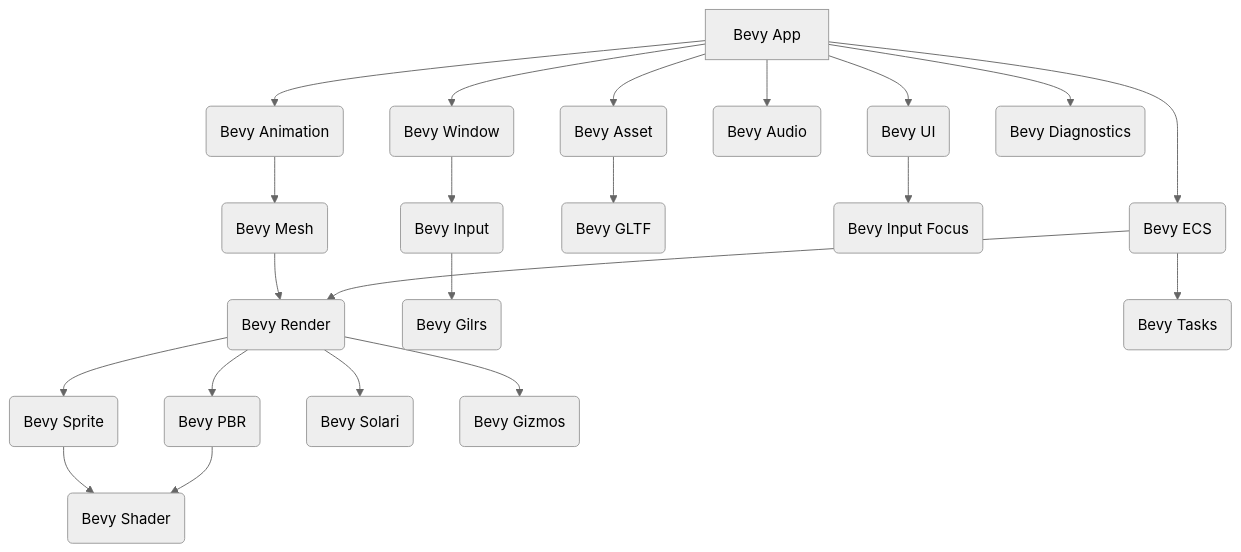
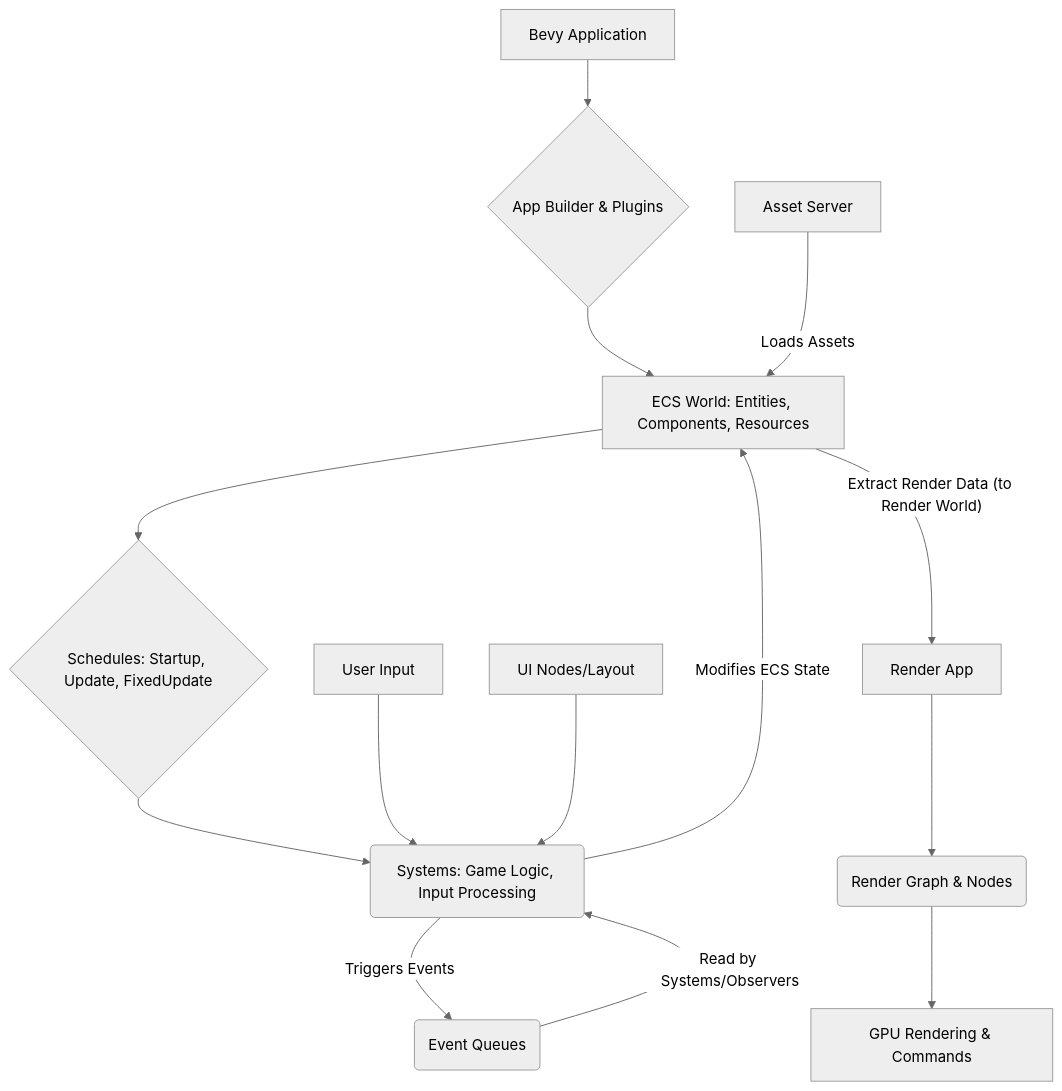
The diagram in README.md (grewal16/bevy), drawn with Mermaid (neutral theme) before and after one commit. The commit also changed other lines of this file, not shown here.

````diff
--- a/README.md
+++ b/README.md
@@ -33,24 +37,16 @@
 ```mermaid
 graph TD
-    A[Bevy App] --> B(Bevy ECS)
-    B --> C(Bevy Render)
-    C --> D(Bevy PBR)
-    C --> E(Bevy Sprite)
-    D --> F(Bevy Shader)
-    E --> F
-    A --> G(Bevy Window)
-    G --> H(Bevy Input)
-    H --> I(Bevy Gilrs)
-    A --> J(Bevy Asset)
-    J --> K(Bevy GLTF)
-    A --> L(Bevy UI)
-    L --> M(Bevy Input Focus)
-    A --> N(Bevy Audio)
-    A --> O(Bevy Animation)
-    O --> P(Bevy Mesh)
-    P --> C
-    B --> Q(Bevy Tasks)
-    A --> R(Bevy Diagnostics)
-    C --> S(Bevy Solari)
-    C --> T(Bevy Gizmos)
+    A[Bevy Application] --> B{App Builder & Plugins};
+    B --> C[ECS World: Entities, Components, Resources];
+    C --> D{Schedules: Startup, Update, FixedUpdate};
+    D --> E(Systems: Game Logic, Input Processing);
+    E -- Modifies ECS State --> C;
+    E -- Triggers Events --> F(Event Queues);
+    F -- Read by Systems/Observers --> E;
+    C -- "Extract Render Data (to Render World)" --> G[Render App];
+    G --> H(Render Graph & Nodes);
+    H --> I[GPU Rendering & Commands];
+    J[Asset Server] -- Loads Assets --> C;
+    K[User Input] --> E;
+    L[UI Nodes/Layout] --> E;
 ```
````
